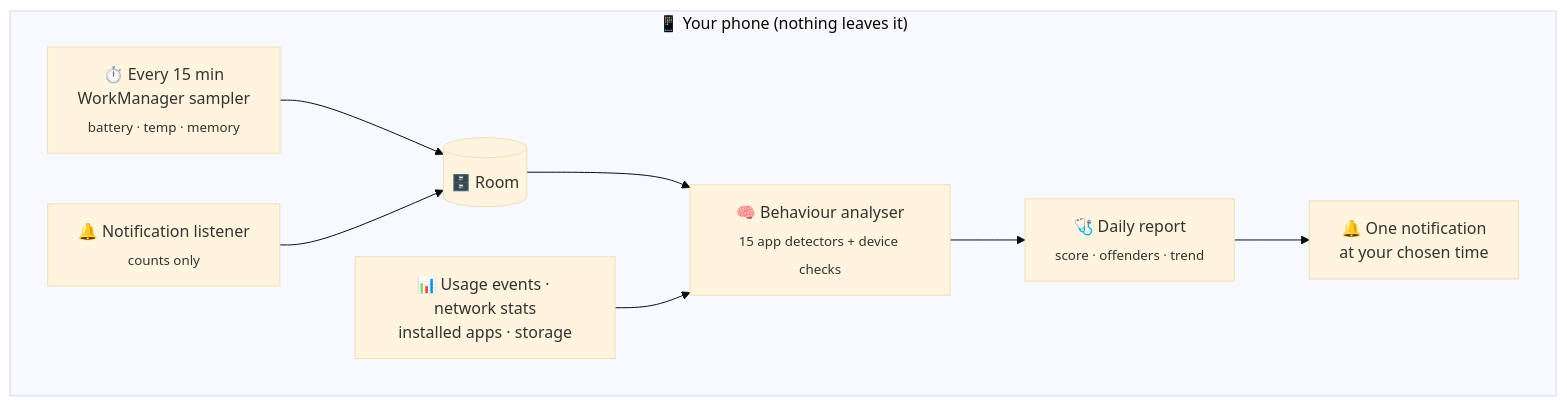
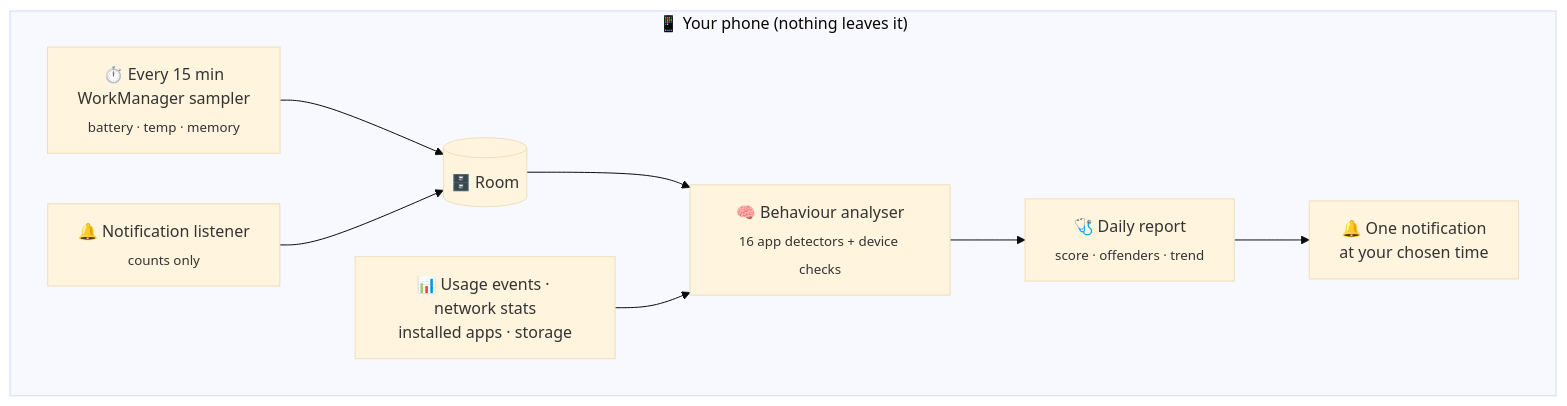
One commit to neteinstein/Perfsentient changed the first of 2 diagrams in README.md. Above: the diagram before and after it, drawn with Mermaid (base theme). The commit also changed other lines of this file and 75 other files, not shown here.

````diff
--- a/README.md
+++ b/README.md
@@ -98,12 +100,12 @@
 ```mermaid
 flowchart LR
     subgraph Phone["📱 Your phone (nothing leaves it)"]
         direction LR
         S["⏱️ Every 15 min<br/>WorkManager sampler<br/><sub>battery · temp · memory</sub>"] --> DB[("🗄️ Room")]
         N["🔔 Notification listener<br/><sub>counts only</sub>"] --> DB
-        DB --> A["🧠 Behaviour analyser<br/><sub>15 app detectors + device checks</sub>"]
+        DB --> A["🧠 Behaviour analyser<br/><sub>16 app detectors + device checks</sub>"]
         U["📊 Usage events · network stats<br/>installed apps · storage"] --> A
         A --> R["🩺 Daily report<br/><sub>score · offenders · trend</sub>"]
         R --> X["🔔 One notification<br/>at your chosen time"]
     end
 ```
````
